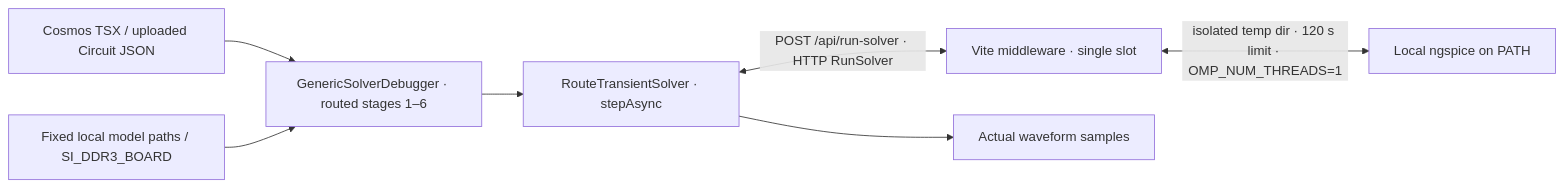
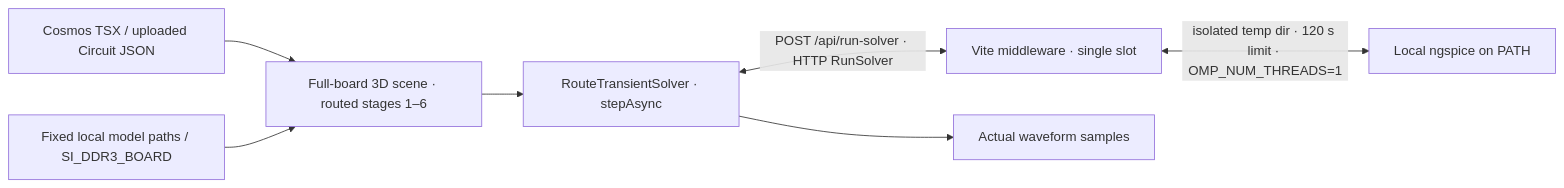
The first of 5 diagrams in README.md (tscircuit/pcb-spice-pipeline), drawn with Mermaid before and after one commit. The commit also changed other lines of this file and 65 other files, not shown here.

````diff
--- a/README.md
+++ b/README.md
@@ -87,9 +89,9 @@
 ```mermaid
 flowchart LR
-  fixture["Cosmos TSX / uploaded Circuit JSON"] --> debugger["GenericSolverDebugger · routed stages 1–6"]
+  fixture["Cosmos TSX / uploaded Circuit JSON"] --> debugger["Full-board 3D scene · routed stages 1–6"]
   assets["Fixed local model paths / SI_DDR3_BOARD"] --> debugger
   debugger --> transient["RouteTransientSolver · stepAsync"]
   transient <-->|"POST /api/run-solver · HTTP RunSolver"| queue["Vite middleware · single slot"]
   queue <-->|"isolated temp dir · 120 s limit · OMP_NUM_THREADS=1"| native["Local ngspice on PATH"]
   transient --> capture["Actual waveform samples"]
 ```
````
